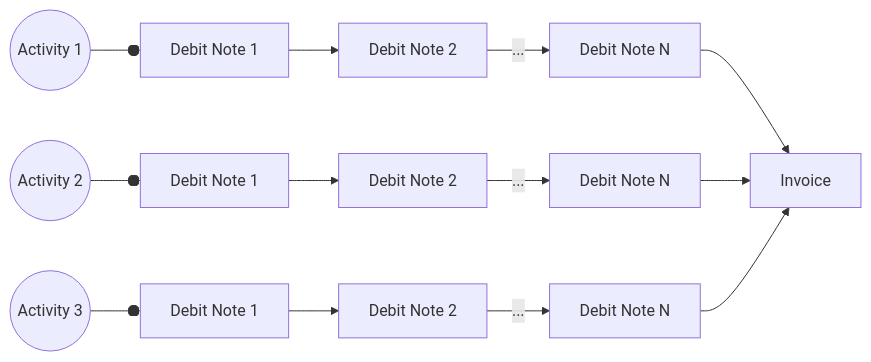
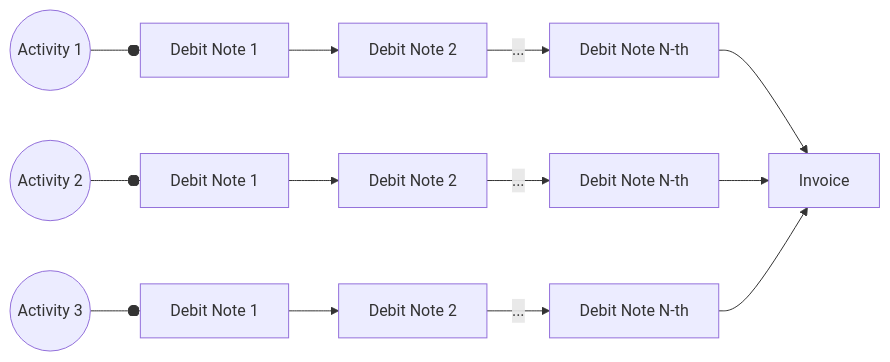
Before and after one commit to golemfactory/golem-architecture: the diagram in arch-snapshot/arch.md, drawn with Mermaid. The commit also changed other lines of this file, not shown here.

````diff
--- a/arch-snapshot/arch.md
+++ b/arch-snapshot/arch.md
@@ -194,6 +215,6 @@
 ```mermaid
 flowchart LR
-Activity1((Activity 1)) --o D11[Debit Note 1] --> D12[Debit Note 2] -->|...| D13[Debit Note N] --> Invoice[Invoice]
-Activity2((Activity 2)) --o D21[Debit Note 1] --> D22[Debit Note 2] -->|...| D23[Debit Note N] --> Invoice[Invoice]
-Activity3((Activity 3)) --o D31[Debit Note 1] --> D32[Debit Note 2] -->|...| D33[Debit Note N] --> Invoice[Invoice]
+Activity1((Activity 1)) --o D11[Debit Note 1] --> D12[Debit Note 2] -->|...| D13[Debit Note N-th] --> Invoice[Invoice]
+Activity2((Activity 2)) --o D21[Debit Note 1] --> D22[Debit Note 2] -->|...| D23[Debit Note N-th] --> Invoice[Invoice]
+Activity3((Activity 3)) --o D31[Debit Note 1] --> D32[Debit Note 2] -->|...| D33[Debit Note N-th] --> Invoice[Invoice]
 ```
````
